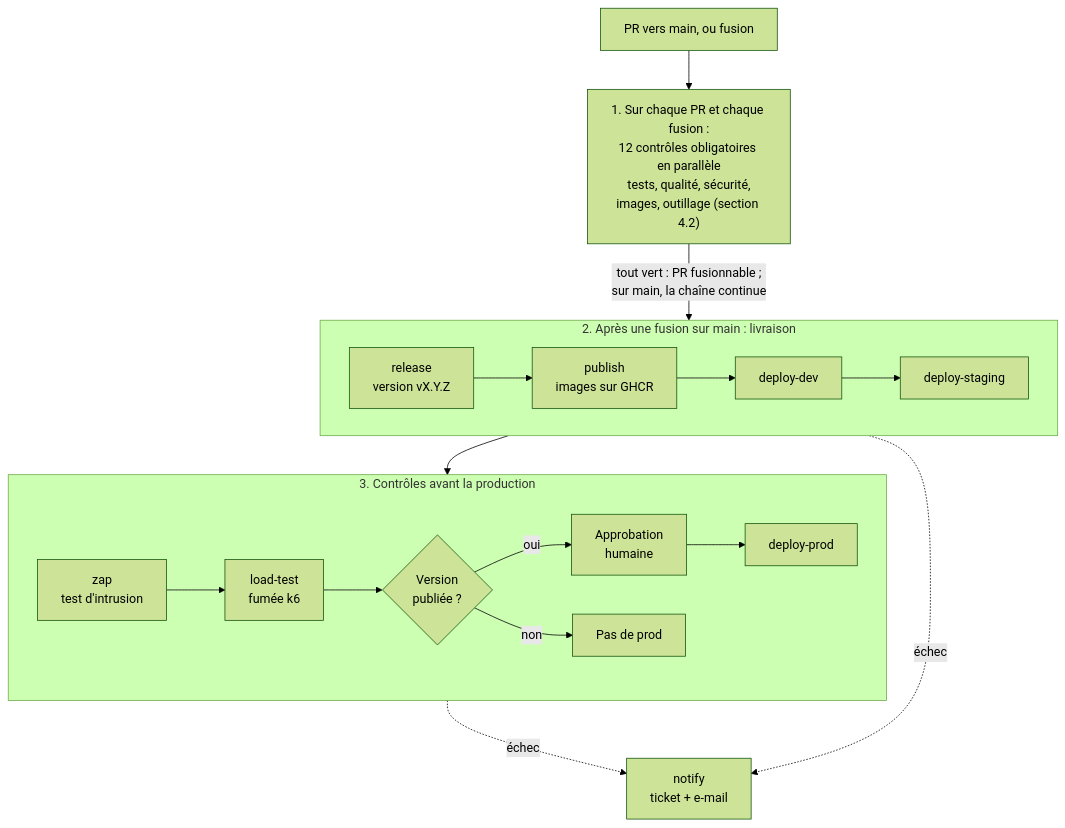
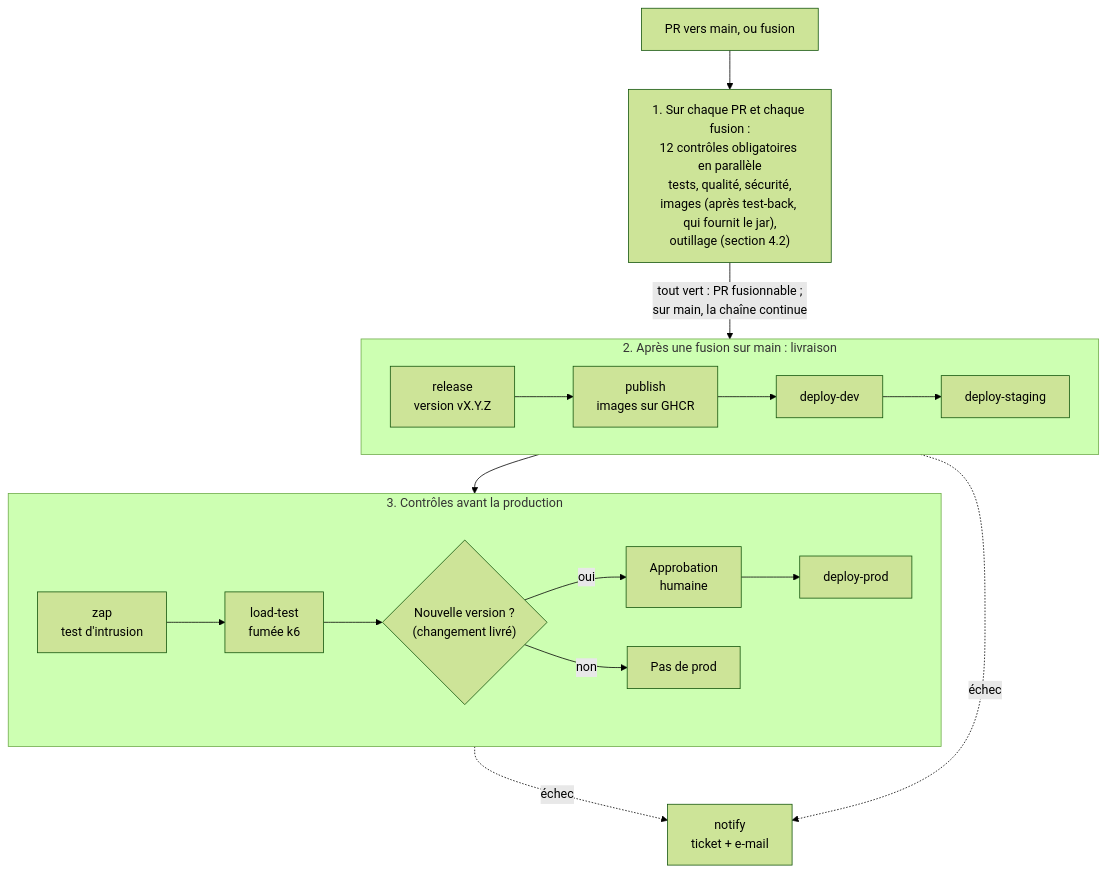
Before and after one commit to yohanbouchet/orion: the fourth of 5 diagrams in docs/03-documentation-ci-cd.md, drawn with Mermaid (forest theme). The commit also changed other lines of this file and 1 other file, not shown here.

First line of the commit message:
docs: met les schémas à jour (supervision, OpenTofu, images, versions)

````diff
--- a/docs/03-documentation-ci-cd.md
+++ b/docs/03-documentation-ci-cd.md
@@ -441,19 +441,19 @@
 ```mermaid
 flowchart TB
     pr["PR vers main, ou fusion"] --> checks
-    checks["1. Sur chaque PR et chaque fusion :<br/>12 contrôles obligatoires en parallèle<br/>tests, qualité, sécurité,<br/>images, outillage (section 4.2)"]
+    checks["1. Sur chaque PR et chaque fusion :<br/>12 contrôles obligatoires en parallèle<br/>tests, qualité, sécurité,<br/>images (après test-back, qui fournit le jar),<br/>outillage (section 4.2)"]
     checks -->|"tout vert : PR fusionnable ;<br/>sur main, la chaîne continue"| rel
     subgraph liv["2. Après une fusion sur main : livraison"]
         direction LR
         rel["release<br/>version vX.Y.Z"] --> pub["publish<br/>images sur GHCR"] --> d1["deploy-dev"] --> d2["deploy-staging"]
     end
     d2 --> zap
     subgraph pre["3. Contrôles avant la production"]
         direction LR
-        zap["zap<br/>test d'intrusion"] --> k6["load-test<br/>fumée k6"] --> gate{"Version<br/>publiée ?"}
+        zap["zap<br/>test d'intrusion"] --> k6["load-test<br/>fumée k6"] --> gate{"Nouvelle version ?<br/>(changement livré)"}
         gate -->|"oui"| appr["Approbation<br/>humaine"] --> prod["deploy-prod"]
         gate -->|"non"| fin["Pas de prod"]
     end
     liv -.->|"échec"| notify["notify<br/>ticket + e-mail"]
     pre -.->|"échec"| notify
 ```
````
